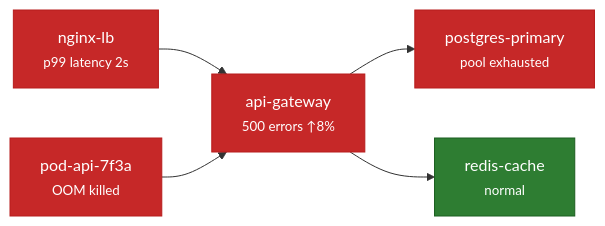
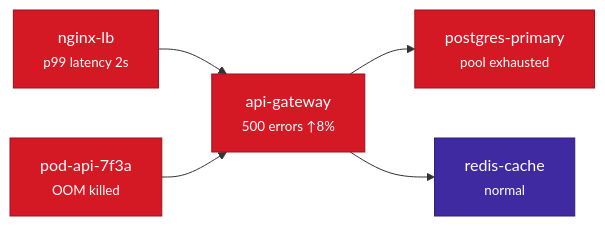
Before and after one commit to seerflow/seerflow-guide: the first of 2 diagrams in docs/ops-primer/ops-correlation.md, drawn with Mermaid. The commit also changed 9 other files, not shown here.

First line of the commit message:
fix(brand): recolor mermaid diagrams to brand palette

````diff
--- a/docs/ops-primer/ops-correlation.md
+++ b/docs/ops-primer/ops-correlation.md
@@ -43,10 +43,10 @@
 ```mermaid
 graph LR
     A["api-gateway<br/><small>500 errors ↑8%</small>"]:::alert --> B["postgres-primary<br/><small>pool exhausted</small>"]:::alert
     A --> C["redis-cache<br/><small>normal</small>"]:::normal
     D["nginx-lb<br/><small>p99 latency 2s</small>"]:::alert --> A
     E["pod-api-7f3a<br/><small>OOM killed</small>"]:::alert --> A
 
-    classDef alert fill:#c62828,stroke:#b71c1c,color:#fff
-    classDef normal fill:#2e7d32,stroke:#1b5e20,color:#fff
+    classDef alert fill:#d41824,stroke:#a01018,color:#fff
+    classDef normal fill:#402aa1,stroke:#2f1f78,color:#fff
 ```
````
